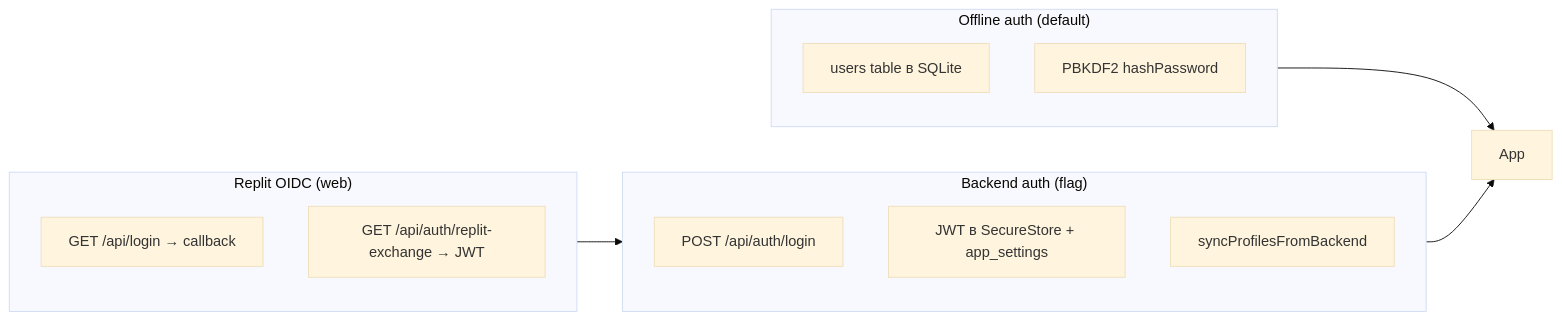
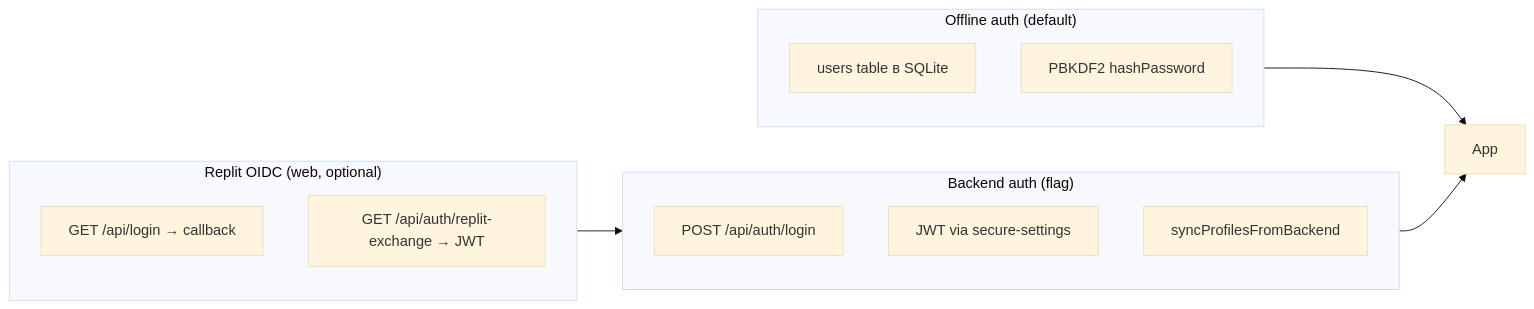
The third of 3 diagrams in docs/architecture.md (zuevfoton-art/AllerGuide), drawn with Mermaid (base theme) before and after one commit. The commit also changed other lines of this file and 1 other file, not shown here.

First line of the commit message:
docs: sync architecture.md with current codebase

````diff
--- a/docs/architecture.md
+++ b/docs/architecture.md
@@ -359,19 +416,19 @@
 ```mermaid
 flowchart LR
   subgraph offline ["Offline auth (default)"]
     L1["users table в SQLite"]
     L2["PBKDF2 hashPassword"]
   end
   subgraph backend ["Backend auth (flag)"]
     B1["POST /api/auth/login"]
-    B2["JWT в SecureStore + app_settings"]
+    B2["JWT via secure-settings"]
     B3["syncProfilesFromBackend"]
   end
-  subgraph replit ["Replit OIDC (web)"]
+  subgraph replit ["Replit OIDC (web, optional)"]
     R1["GET /api/login → callback"]
     R2["GET /api/auth/replit-exchange → JWT"]
   end
   offline --> App
   backend --> App
   replit --> backend
 ```
````
